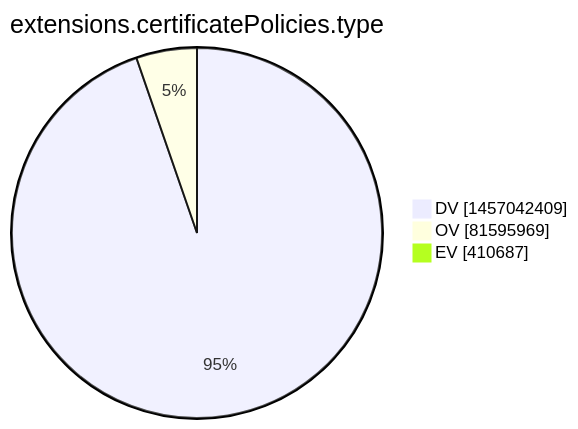
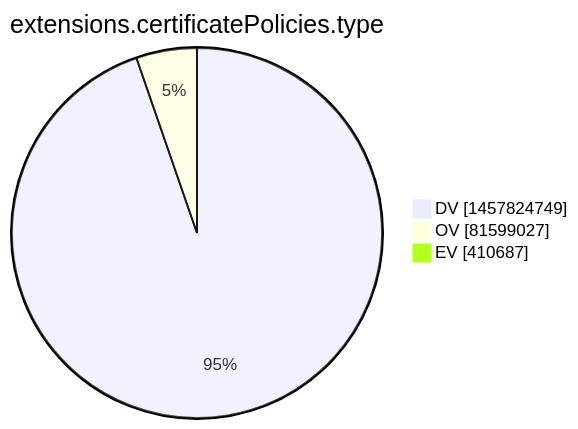
One commit to christiankrug/ctmonitor_visualization changed the tenth of 15 diagrams in xenon2022/README.md. Above: the diagram before and after it, drawn with Mermaid. The commit also changed other lines of this file, not shown here.

````diff
--- a/xenon2022/README.md
+++ b/xenon2022/README.md
@@ -2870,7 +2870,7 @@
 ```mermaid
 pie showData
 title extensions.certificatePolicies.type
-"DV" :1457042409
-"OV" :81595969
+"DV" :1457824749
+"OV" :81599027
 "EV" :410687
 ```
````
